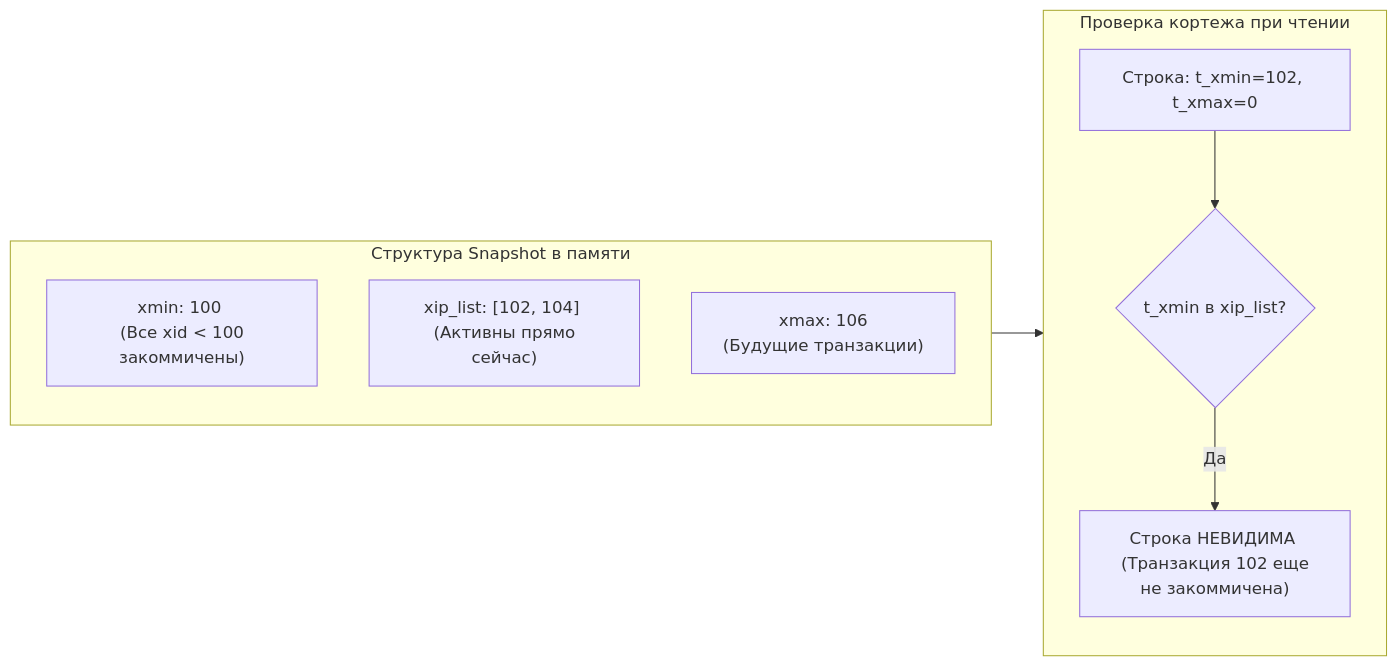
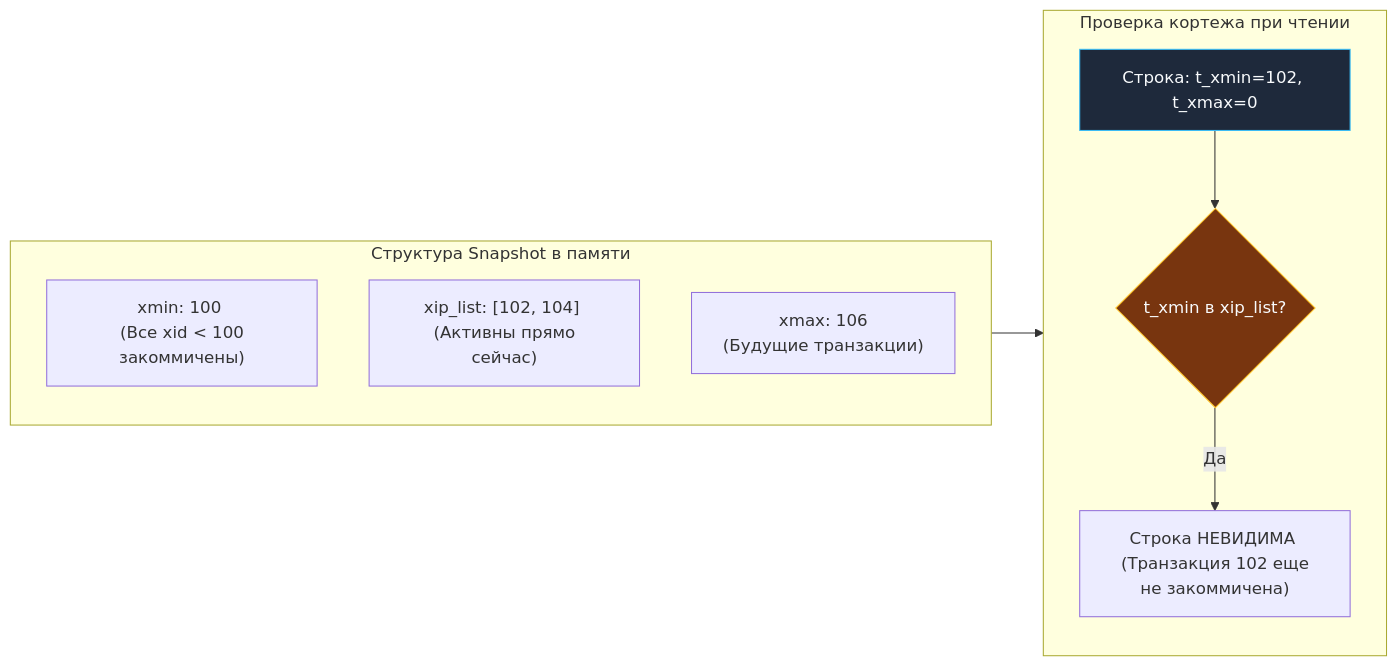
The second of 3 diagrams in sources/12. Базы данных/06. PostgreSQL/3. MVCC в PostgreSQL.md (UnrealTemplier/go-textbook), drawn with Mermaid before and after one commit. The commit also changed other lines of this file and 1666 other files, not shown here.

First line of the commit message:
feat(mermaid): add semantic color classDef to 1369 colorless flowchart/graph diagrams

````diff
--- a/sources/12. Базы данных/06. PostgreSQL/3. MVCC в PostgreSQL.md
+++ b/sources/12. Базы данных/06. PostgreSQL/3. MVCC в PostgreSQL.md
@@ -72,18 +82,28 @@
 ```mermaid
 flowchart LR
+    classDef process  fill:#1e293b,stroke:#38bdf8,stroke-width:1px,color:#f8fafc
+    classDef success  fill:#064e3b,stroke:#34d399,stroke-width:1px,color:#f8fafc
+    classDef error    fill:#7f1d1d,stroke:#f87171,stroke-width:1px,color:#f8fafc
+    classDef warning  fill:#78350f,stroke:#fbbf24,stroke-width:1px,color:#f8fafc
+    classDef entry    fill:#1e3a5f,stroke:#38bdf8,stroke-width:2px,color:#f8fafc
+    classDef aux      fill:#334155,stroke:#64748b,stroke-width:1px,color:#f8fafc
+    classDef system   fill:#312e81,stroke:#a78bfa,stroke-width:1px,color:#f8fafc
+    classDef data     fill:#132d29,stroke:#2dd4bf,stroke-width:1px,color:#f8fafc
+    classDef network  fill:#881337,stroke:#fb7185,stroke-width:1px,color:#f8fafc
+    classDef accent   fill:#1e1b4b,stroke:#818cf8,stroke-width:1px,color:#f8fafc
     subgraph Snapshot ["Структура Snapshot в памяти"]
         S_XMIN["xmin: 100 <br> (Все xid < 100 закоммичены)"]
         S_XIP["xip_list: [102, 104] <br> (Активны прямо сейчас)"]
         S_XMAX["xmax: 106 <br> (Будущие транзакции)"]
     end
 
     subgraph Evaluation ["Проверка кортежа при чтении"]
-        Tuple["Строка: t_xmin=102, t_xmax=0"]
-        Check{"t_xmin в xip_list?"}
+        Tuple["Строка: t_xmin=102, t_xmax=0"]:::process
+        Check{"t_xmin в xip_list?"}:::warning
         Verdict["Строка НЕВИДИМА <br> (Транзакция 102 еще не закоммичена)"]
     end
 
     Snapshot --> Evaluation
     Tuple --> Check
     Check -- "Да" --> Verdict
 ```
````
